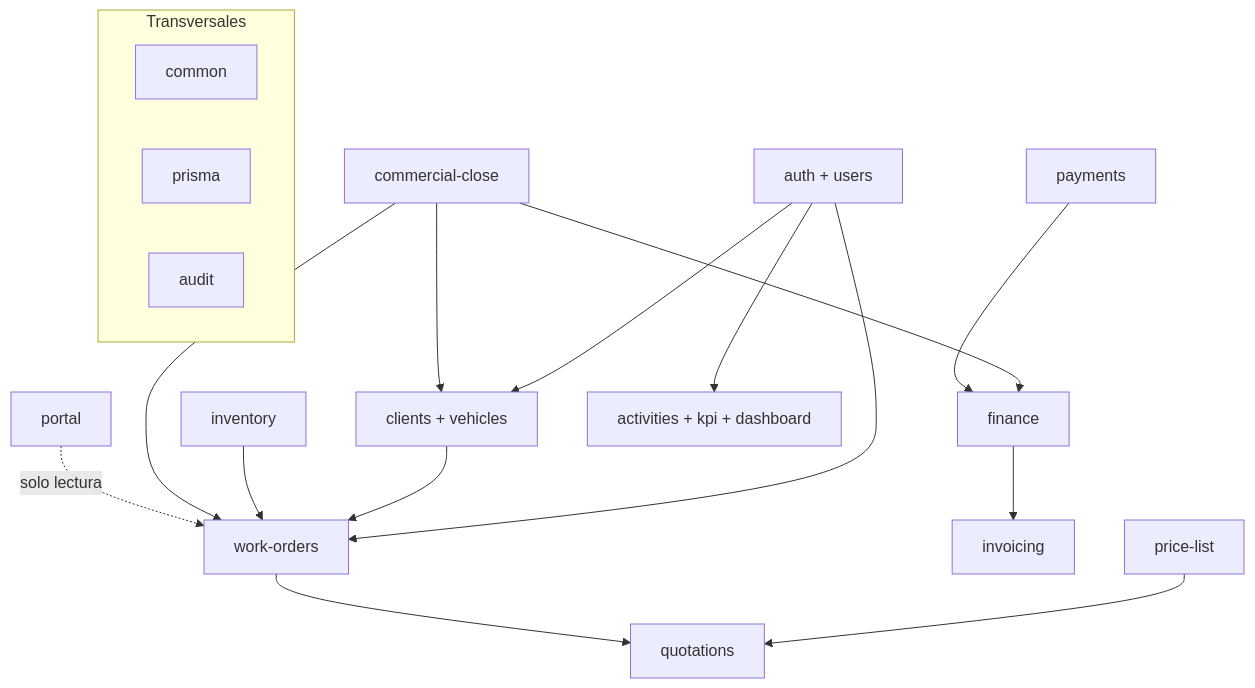
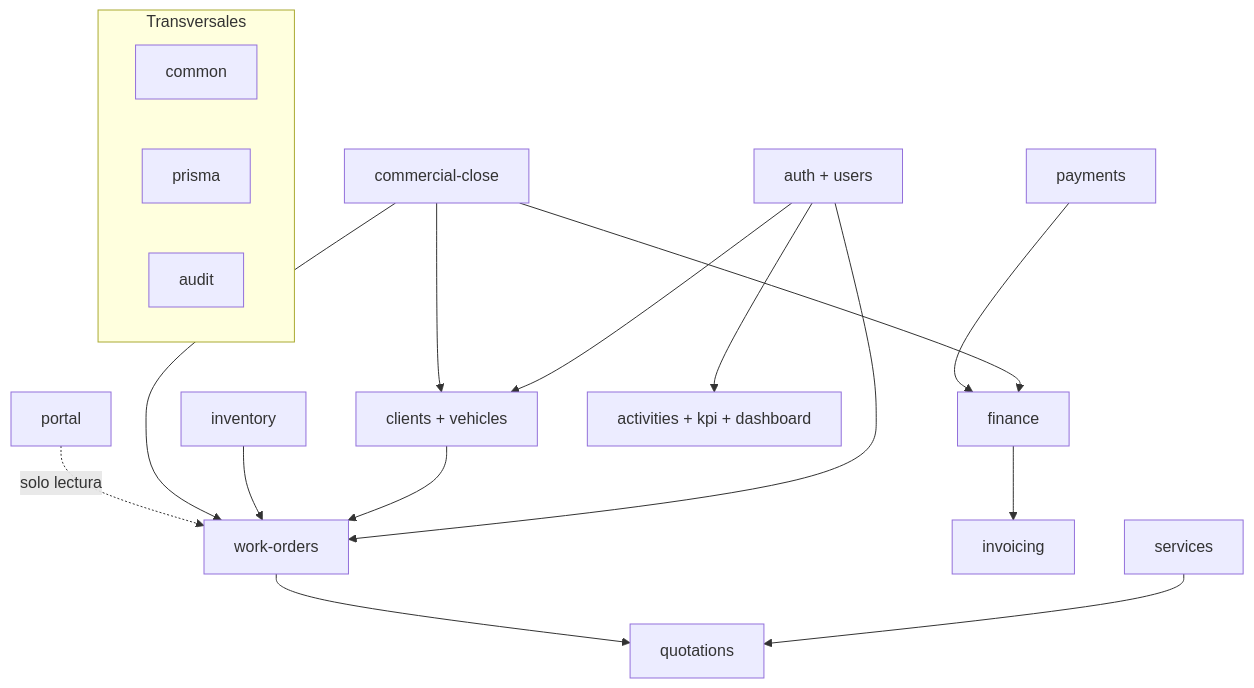
The first of 5 diagrams in docs/diagrams.md (Alexandercp7/taller-nest), drawn with Mermaid before and after one commit. The commit also changed other lines of this file and 46 other files, not shown here.

````diff
--- a/docs/diagrams.md
+++ b/docs/diagrams.md
@@ -9,29 +9,29 @@
 ```mermaid
 flowchart TB
   subgraph shared[Transversales]
     common; prisma; audit
   end
 
   IAM[auth + users]
   CRM[clients + vehicles]
   OT[work-orders]
   COT[quotations]
   CC[commercial-close]
   FIN[finance]
   PAY[payments]
   FAC[invoicing]
   INV[inventory]
-  LP[price-list]
+  SRV[services]
   POR[portal]
   PROD[activities + kpi + dashboard]
 
   IAM --> CRM & OT & PROD
   CRM --> OT
-  LP --> COT
+  SRV --> COT
   INV --> OT
   OT --> COT
   CC --> OT & FIN & CRM
   PAY --> FIN
   FIN --> FAC
   POR -. solo lectura .-> OT
 ```
````
